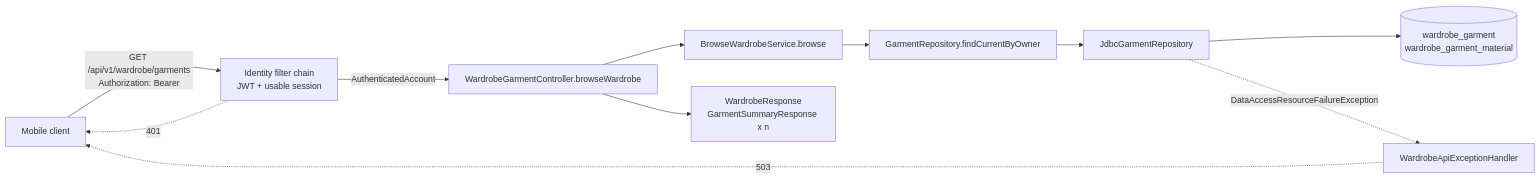
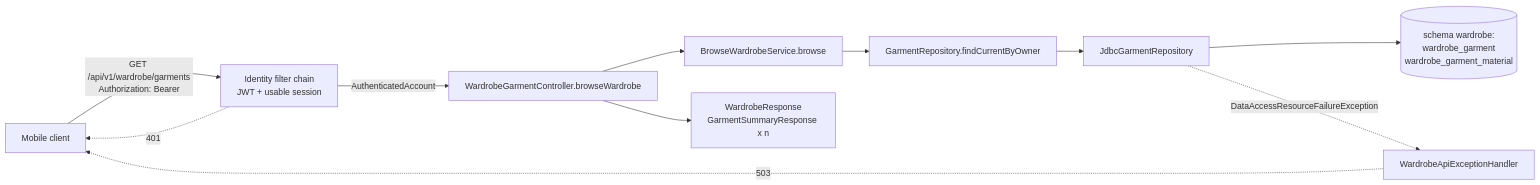
The first of 2 diagrams in docs/06-scrum/sprints/sprint-02/implementation-guides/US-WAR-001-guide.md (luubinhdeptrai/CapsuleAI), drawn with Mermaid before and after one commit. The commit also changed other lines of this file and 51 other files, not shown here.

Commit message:
add schema per context boundary rule

````diff
--- a/docs/06-scrum/sprints/sprint-02/implementation-guides/US-WAR-001-guide.md
+++ b/docs/06-scrum/sprints/sprint-02/implementation-guides/US-WAR-001-guide.md
@@ -807,12 +877,12 @@
 ```mermaid
 flowchart LR
     client[Mobile client] -->|"GET /api/v1/wardrobe/garments<br/>Authorization: Bearer"| chain[Identity filter chain<br/>JWT + usable session]
     chain -->|AuthenticatedAccount| ctrl[WardrobeGarmentController.browseWardrobe]
     ctrl --> svc[BrowseWardrobeService.browse]
     svc --> port[GarmentRepository.findCurrentByOwner]
     port --> jdbc[JdbcGarmentRepository]
-    jdbc --> db[(wardrobe_garment<br/>wardrobe_garment_material)]
+    jdbc --> db[(schema wardrobe:<br/>wardrobe_garment<br/>wardrobe_garment_material)]
     ctrl --> resp[WardrobeResponse<br/>GarmentSummaryResponse x n]
     chain -.->|401| client
     jdbc -.->|DataAccessResourceFailureException| handler[WardrobeApiExceptionHandler] -.->|503| client
 ```
````
